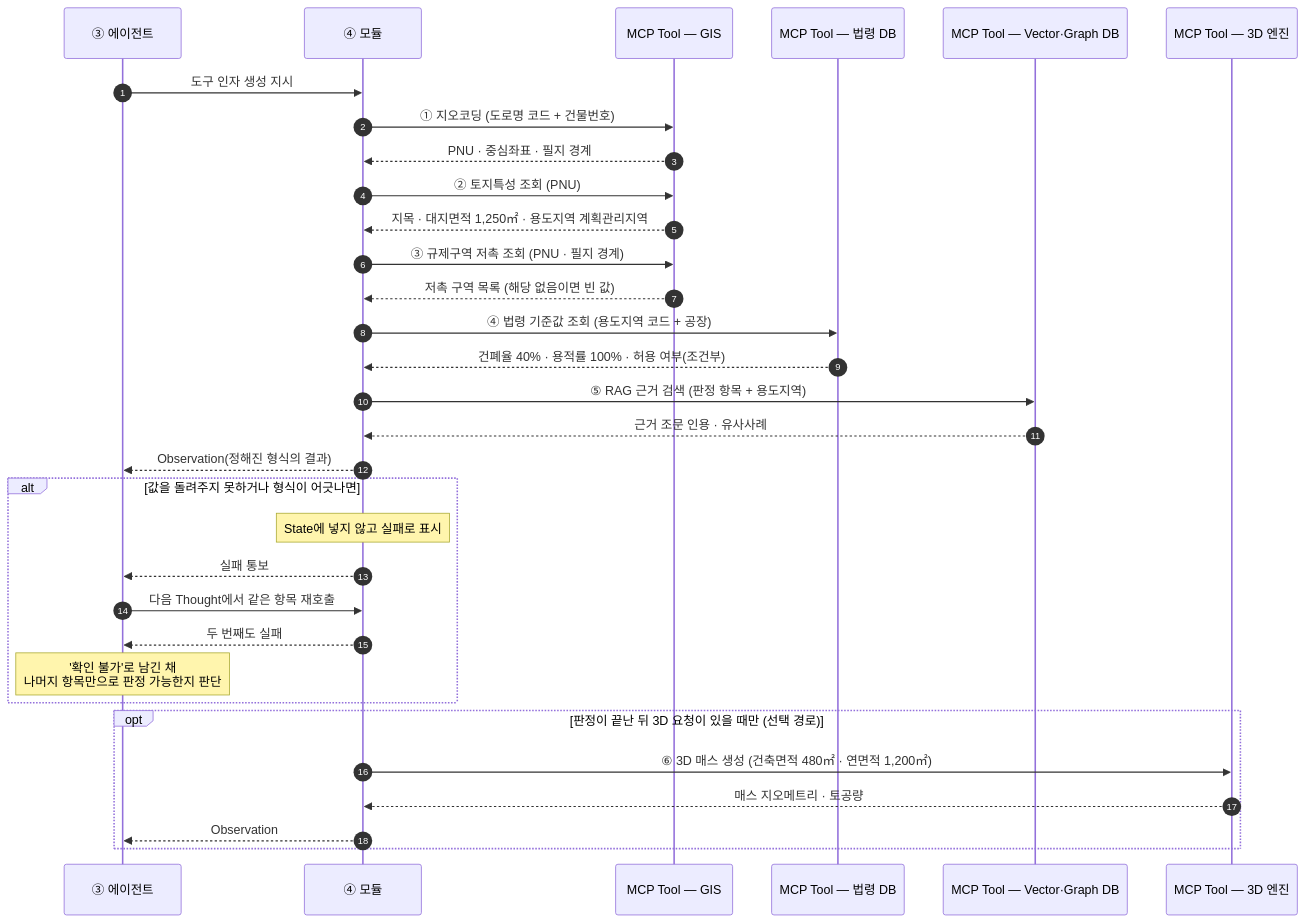
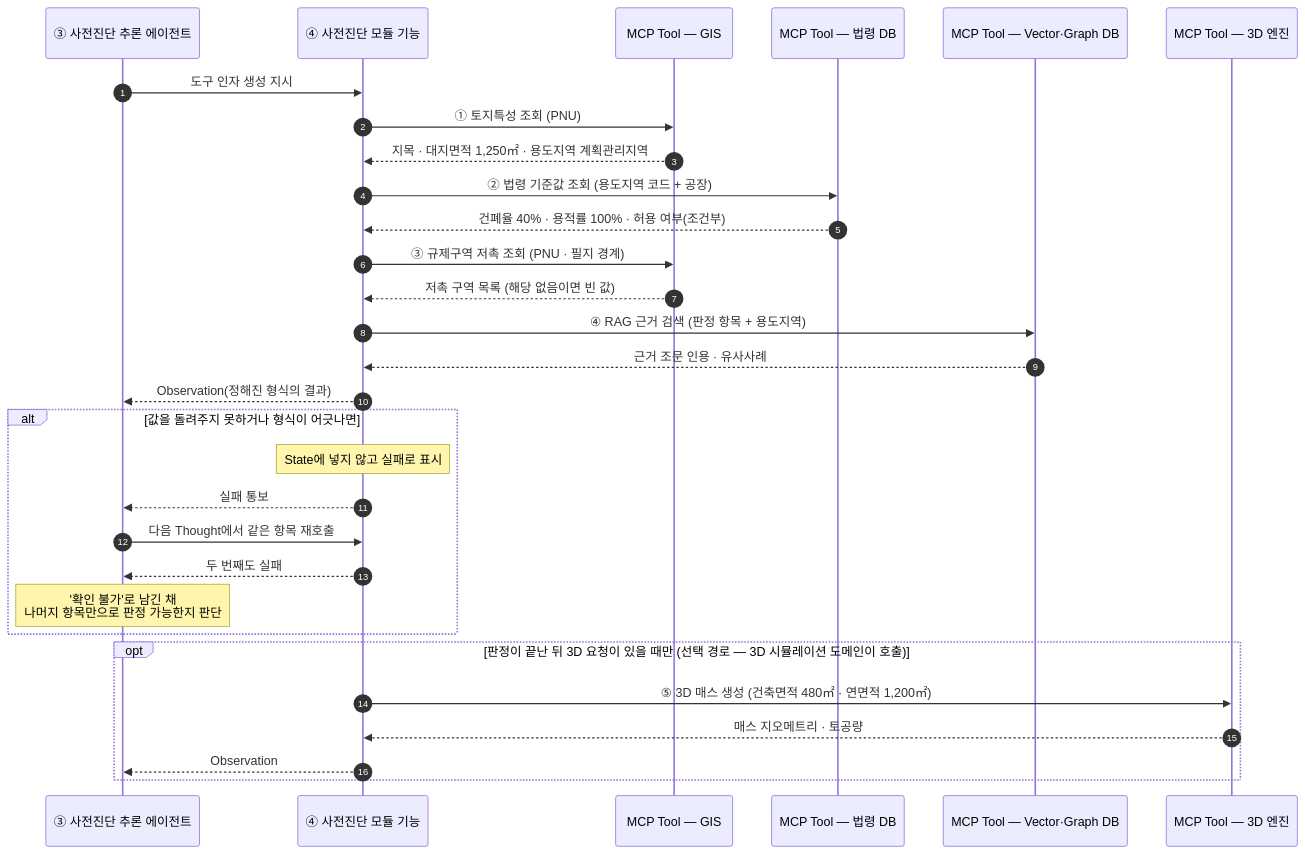
Diagram 11 of 11 in docs/MCP-AGENT-SEQUENCE1.md (madlrengg100/permit-copilot), drawn with Mermaid before and after one commit. The commit also changed other lines of this file, not shown here.

First line of the commit message:
docs(MCP-AGENT-SEQUENCE1): §5.2 실행 주체·모듈·도구 이름을 명시

````diff
--- a/docs/MCP-AGENT-SEQUENCE1.md
+++ b/docs/MCP-AGENT-SEQUENCE1.md
@@ -620,43 +612,40 @@
 ```mermaid
 sequenceDiagram
     autonumber
-    participant AG as ③ 에이전트
-    participant MO as ④ 모듈
+    participant AG as ③ 사전진단 추론 에이전트
+    participant MO as ④ 사전진단 모듈 기능
     participant GIS as MCP Tool — GIS
     participant LAW as MCP Tool — 법령 DB
     participant RAG as MCP Tool — Vector·Graph DB
     participant E3D as MCP Tool — 3D 엔진
 
     AG->>MO: 도구 인자 생성 지시
 
-    MO->>GIS: ① 지오코딩 (도로명 코드 + 건물번호)
-    GIS-->>MO: PNU · 중심좌표 · 필지 경계
+    MO->>GIS: ① 토지특성 조회 (PNU)
+    GIS-->>MO: 지목 · 대지면적 1,250㎡ · 용도지역 계획관리지역
 
-    MO->>GIS: ② 토지특성 조회 (PNU)
-    GIS-->>MO: 지목 · 대지면적 1,250㎡ · 용도지역 계획관리지역
+    MO->>LAW: ② 법령 기준값 조회 (용도지역 코드 + 공장)
+    LAW-->>MO: 건폐율 40% · 용적률 100% · 허용 여부(조건부)
 
     MO->>GIS: ③ 규제구역 저촉 조회 (PNU · 필지 경계)
     GIS-->>MO: 저촉 구역 목록 (해당 없음이면 빈 값)
 
-    MO->>LAW: ④ 법령 기준값 조회 (용도지역 코드 + 공장)
-    LAW-->>MO: 건폐율 40% · 용적률 100% · 허용 여부(조건부)
-
-    MO->>RAG: ⑤ RAG 근거 검색 (판정 항목 + 용도지역)
+    MO->>RAG: ④ RAG 근거 검색 (판정 항목 + 용도지역)
     RAG-->>MO: 근거 조문 인용 · 유사사례
 
     MO-->>AG: Observation(정해진 형식의 결과)
 
     alt 값을 돌려주지 못하거나 형식이 어긋나면
         Note over MO: State에 넣지 않고 실패로 표시
         MO-->>AG: 실패 통보
         AG->>MO: 다음 Thought에서 같은 항목 재호출
         MO-->>AG: 두 번째도 실패
         Note over AG: '확인 불가'로 남긴 채<br/>나머지 항목만으로 판정 가능한지 판단
     end
 
-    opt 판정이 끝난 뒤 3D 요청이 있을 때만 (선택 경로)
-        MO->>E3D: ⑥ 3D 매스 생성 (건축면적 480㎡ · 연면적 1,200㎡)
+    opt 판정이 끝난 뒤 3D 요청이 있을 때만 (선택 경로 — 3D 시뮬레이션 도메인이 호출)
+        MO->>E3D: ⑤ 3D 매스 생성 (건축면적 480㎡ · 연면적 1,200㎡)
         E3D-->>MO: 매스 지오메트리 · 토공량
         MO-->>AG: Observation
     end
 ```
````
